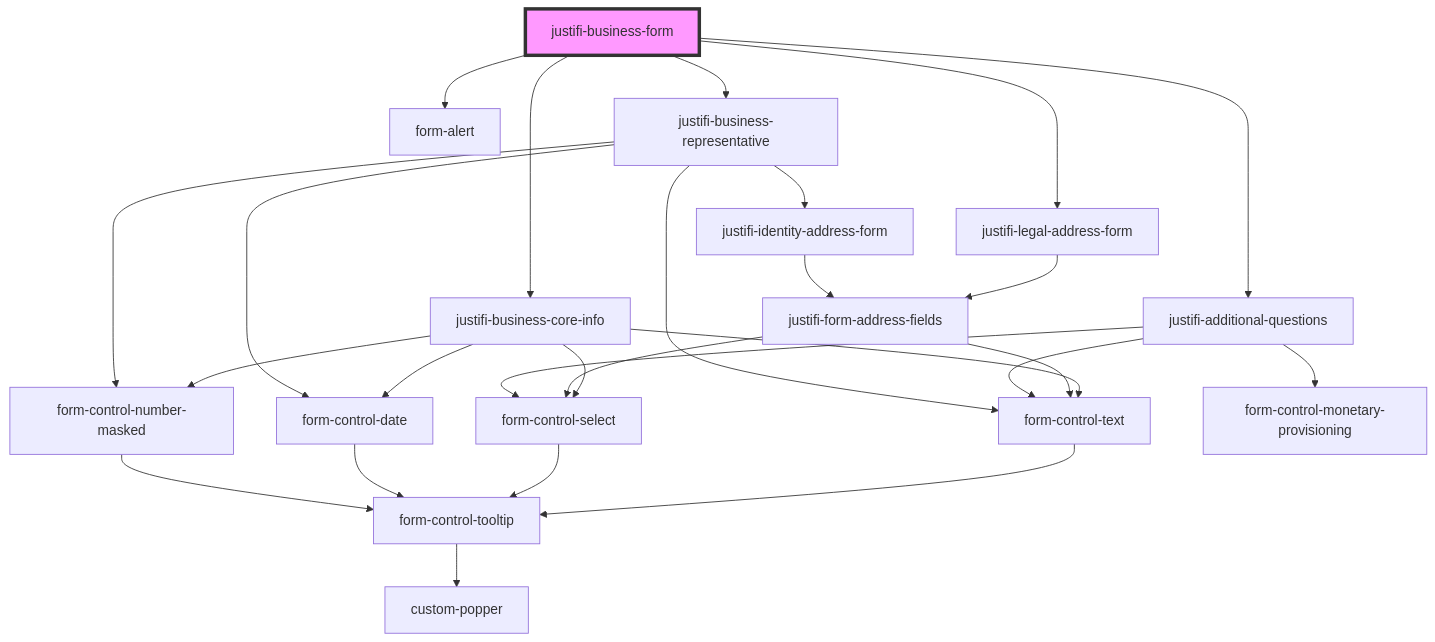
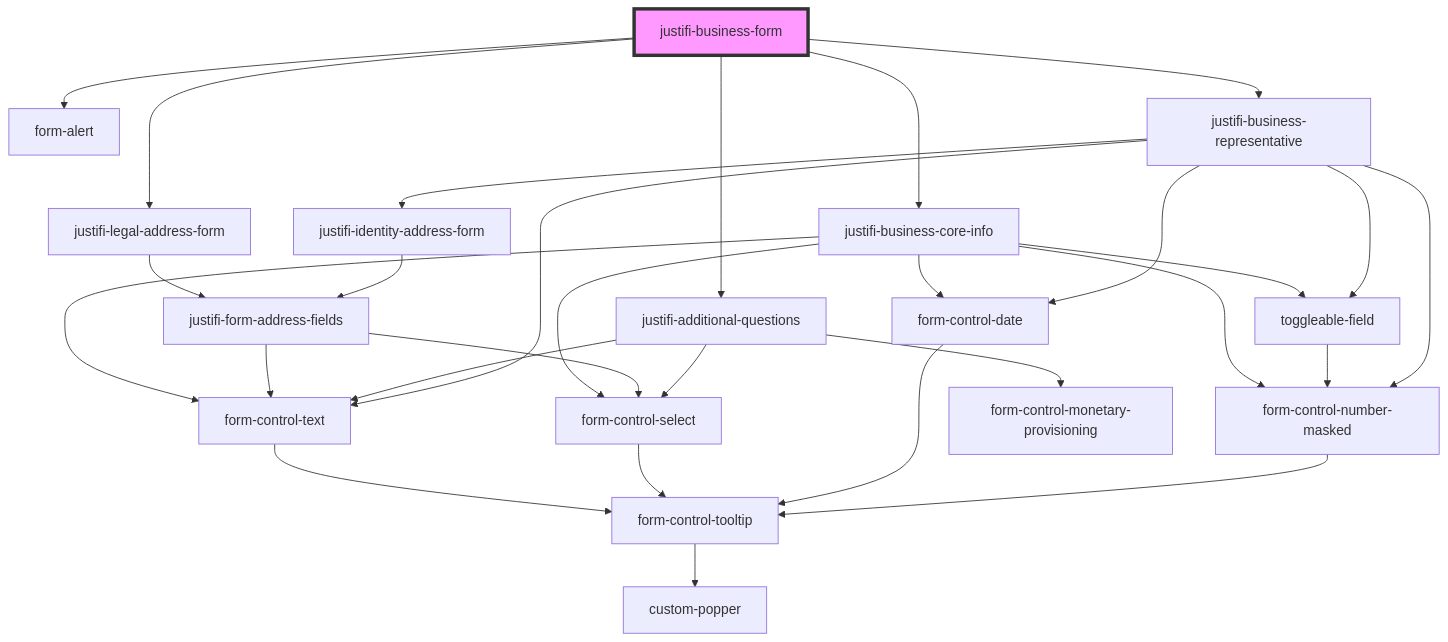
Before and after one commit to justifi-tech/web-component-library: the diagram in packages/webcomponents/src/components/business-forms/business-form/readme.md, drawn with Mermaid. The commit also changed 21 other files, not shown here.

````diff
--- a/packages/webcomponents/src/components/business-forms/business-form/readme.md
+++ b/packages/webcomponents/src/components/business-forms/business-form/readme.md
@@ -39,29 +39,32 @@
 ```mermaid
 graph TD;
   justifi-business-form --> form-alert
   justifi-business-form --> justifi-business-core-info
   justifi-business-form --> justifi-legal-address-form
   justifi-business-form --> justifi-additional-questions
   justifi-business-form --> justifi-business-representative
   justifi-business-core-info --> form-control-text
   justifi-business-core-info --> form-control-select
   justifi-business-core-info --> form-control-date
+  justifi-business-core-info --> toggleable-field
   justifi-business-core-info --> form-control-number-masked
   form-control-text --> form-control-tooltip
   form-control-tooltip --> custom-popper
   form-control-select --> form-control-tooltip
   form-control-date --> form-control-tooltip
+  toggleable-field --> form-control-number-masked
   form-control-number-masked --> form-control-tooltip
   justifi-legal-address-form --> justifi-form-address-fields
   justifi-form-address-fields --> form-control-text
   justifi-form-address-fields --> form-control-select
   justifi-additional-questions --> form-control-monetary-provisioning
   justifi-additional-questions --> form-control-select
   justifi-additional-questions --> form-control-text
   justifi-business-representative --> form-control-text
   justifi-business-representative --> form-control-number-masked
   justifi-business-representative --> form-control-date
+  justifi-business-representative --> toggleable-field
   justifi-business-representative --> justifi-identity-address-form
   justifi-identity-address-form --> justifi-form-address-fields
   style justifi-business-form fill:#f9f,stroke:#333,stroke-width:4px
 ```
````
